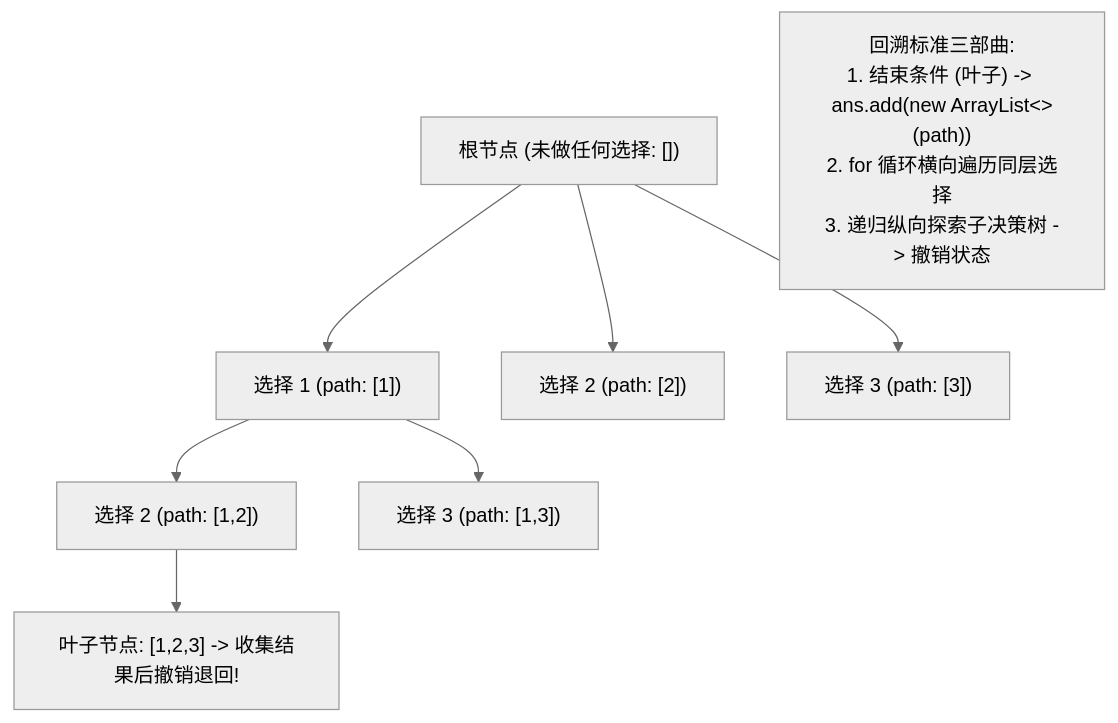
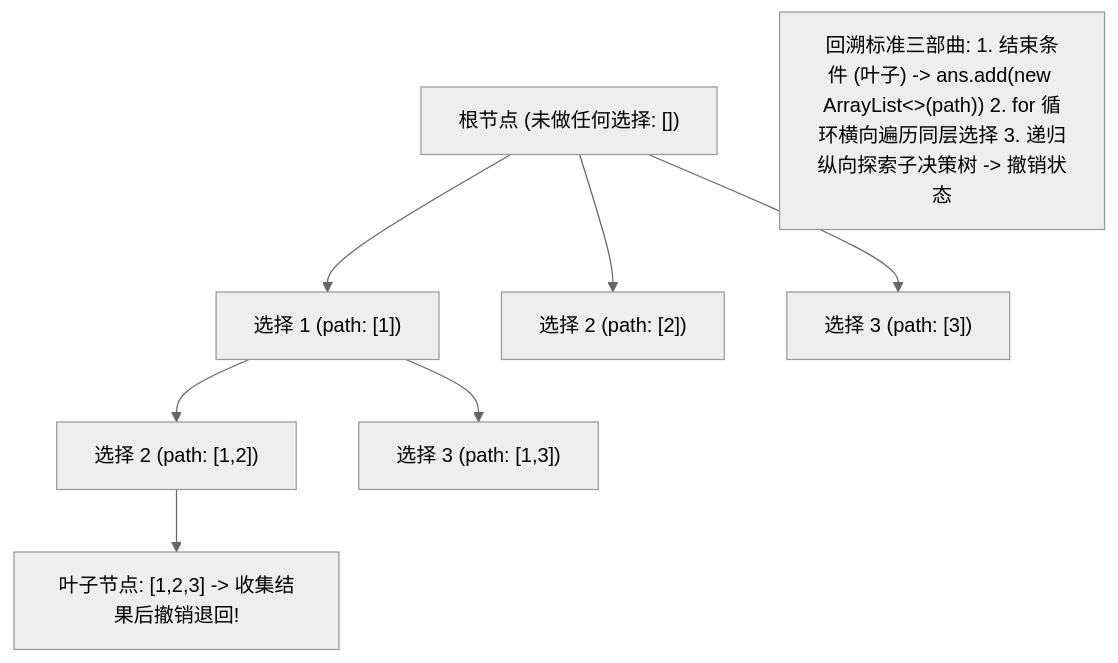
The diagram in 30-算法与数据结构/04-模板与技巧/03-模板-回溯框架.md (GuoWWWX/knowledge-base), drawn with Mermaid (neutral theme) before and after one commit. The commit also changed 251 other files, not shown here.

````diff
--- a/30-算法与数据结构/04-模板与技巧/03-模板-回溯框架.md
+++ b/30-算法与数据结构/04-模板与技巧/03-模板-回溯框架.md
@@ -24,12 +24,12 @@
 ```mermaid
 flowchart TD
     Root["根节点 (未做任何选择: [])"] --> A["选择 1 (path: [1])"]
     Root --> B["选择 2 (path: [2])"]
     Root --> C["选择 3 (path: [3])"]
 
     A --> A1["选择 2 (path: [1,2])"]
     A --> A2["选择 3 (path: [1,3])"]
     A1 --> Leaf1["叶子节点: [1,2,3] -> 收集结果后撤销退回!"]
 
-    note1["回溯标准三部曲:<br/>1. 结束条件 (叶子) -> ans.add(new ArrayList<>(path))<br/>2. for 循环横向遍历同层选择<br/>3. 递归纵向探索子决策树 -> 撤销状态"]
+    note1["回溯标准三部曲: 1. 结束条件 (叶子) -> ans.add(new ArrayList<>(path)) 2. for 循环横向遍历同层选择 3. 递归纵向探索子决策树 -> 撤销状态"]
 ```
````
